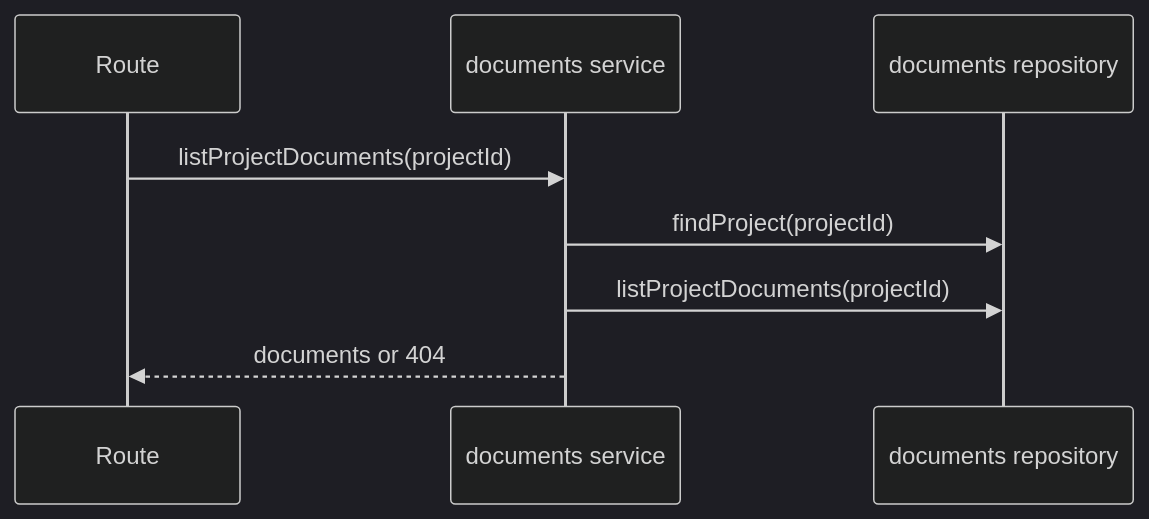
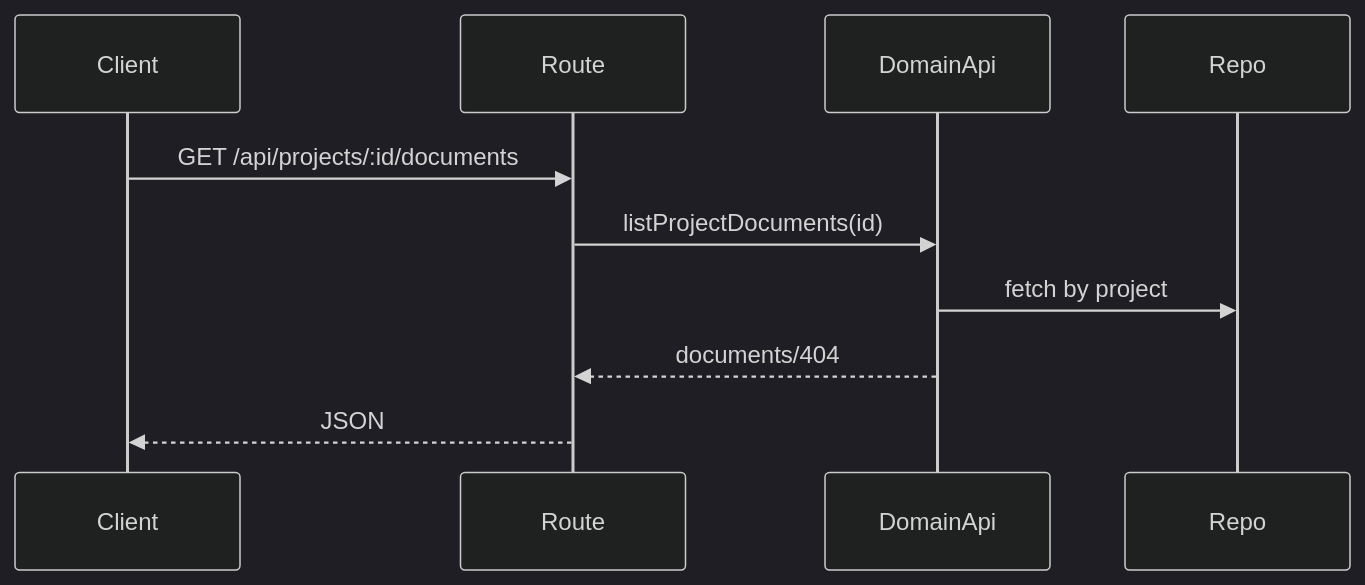
One commit to TurtleStoffel/tektite-console changed the third of 7 diagrams in src/backend/domains/documents/README.md. Above: the diagram before and after it, drawn with Mermaid (dark theme). The commit also changed other lines of this file and 30 other files, not shown here.

Commit message:
split domainApi from service

````diff
--- a/src/backend/domains/documents/README.md
+++ b/src/backend/domains/documents/README.md
@@ -36,10 +40,12 @@
 ```mermaid
 sequenceDiagram
+    participant Client
     participant Route
-    participant Service as documents service
-    participant Repo as documents repository
-    Route->>Service: listProjectDocuments(projectId)
-    Service->>Repo: findProject(projectId)
-    Service->>Repo: listProjectDocuments(projectId)
-    Service-->>Route: documents or 404
+    participant DomainApi
+    participant Repo
+    Client->>Route: GET /api/projects/:id/documents
+    Route->>DomainApi: listProjectDocuments(id)
+    DomainApi->>Repo: fetch by project
+    DomainApi-->>Route: documents/404
+    Route-->>Client: JSON
 ```
````
